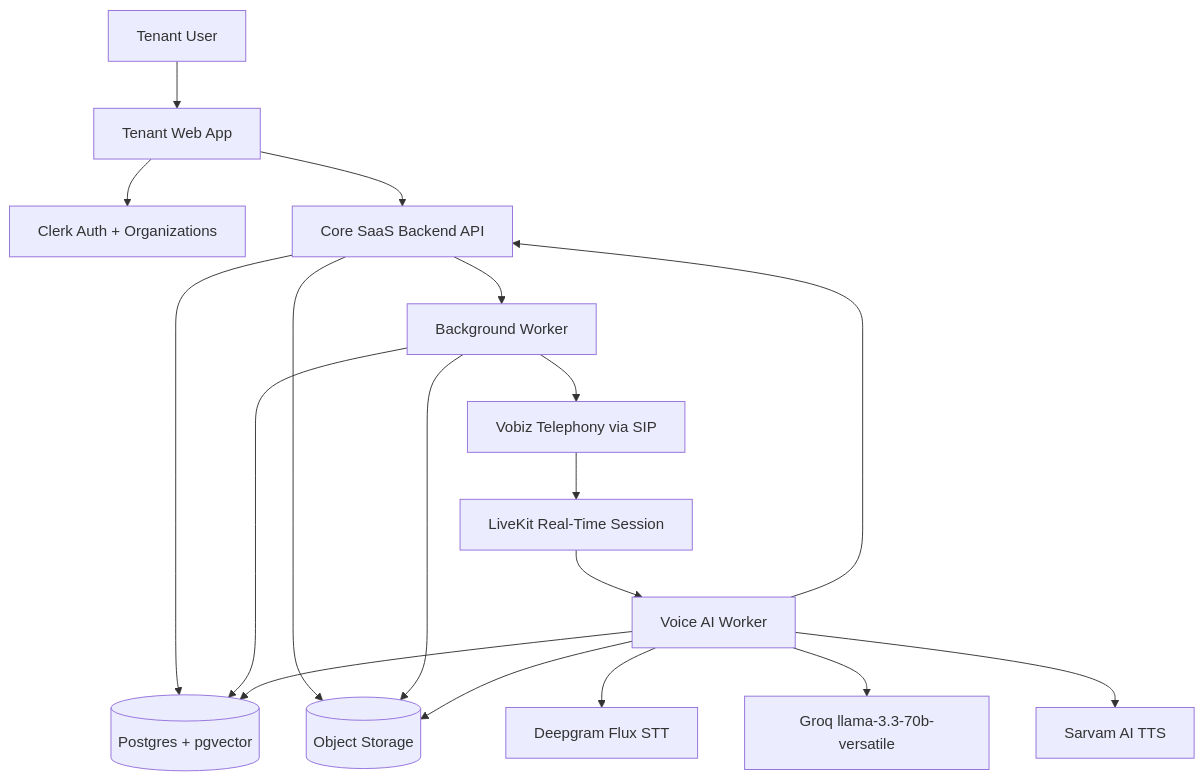
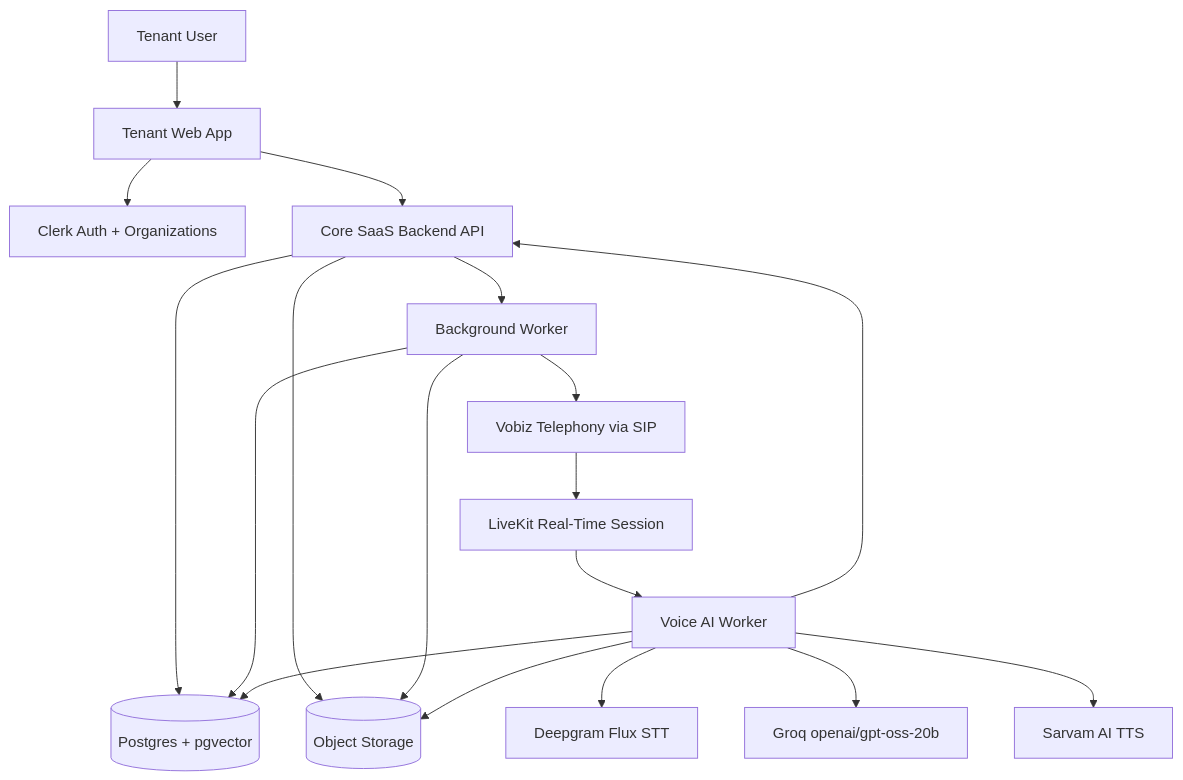
One commit to rohan9896/RingIQ changed the diagram in _bmad-output/planning-artifacts/ringiq-service-boundaries.md. Above: the diagram before and after it, drawn with Mermaid. The commit also changed other lines of this file and 3 other files, not shown here.

````diff
--- a/_bmad-output/planning-artifacts/ringiq-service-boundaries.md
+++ b/_bmad-output/planning-artifacts/ringiq-service-boundaries.md
@@ -46,24 +46,24 @@
 ```mermaid
 flowchart TD
     User[Tenant User] --> Web[Tenant Web App]
     Web --> Clerk[Clerk Auth + Organizations]
     Web --> API[Core SaaS Backend API]
 
     API --> DB[(Postgres + pgvector)]
     API --> Store[(Object Storage)]
     API --> Worker[Background Worker]
 
     Worker --> DB
     Worker --> Store
     Worker --> Vobiz[Vobiz Telephony via SIP]
 
     Vobiz --> LiveKit[LiveKit Real-Time Session]
     LiveKit --> Voice[Voice AI Worker]
 
     Voice --> Deepgram[Deepgram Flux STT]
-    Voice --> Groq[Groq llama-3.3-70b-versatile]
+    Voice --> Groq[Groq openai/gpt-oss-20b]
     Voice --> Sarvam[Sarvam AI TTS]
     Voice --> DB
     Voice --> Store
     Voice --> API
 ```
````
